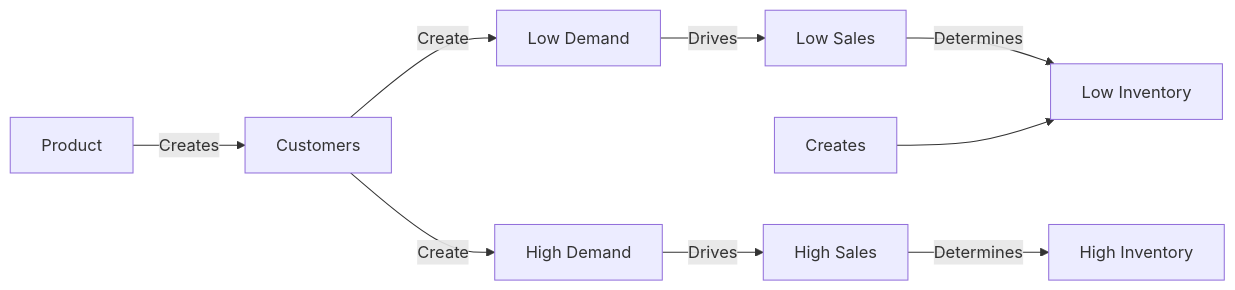
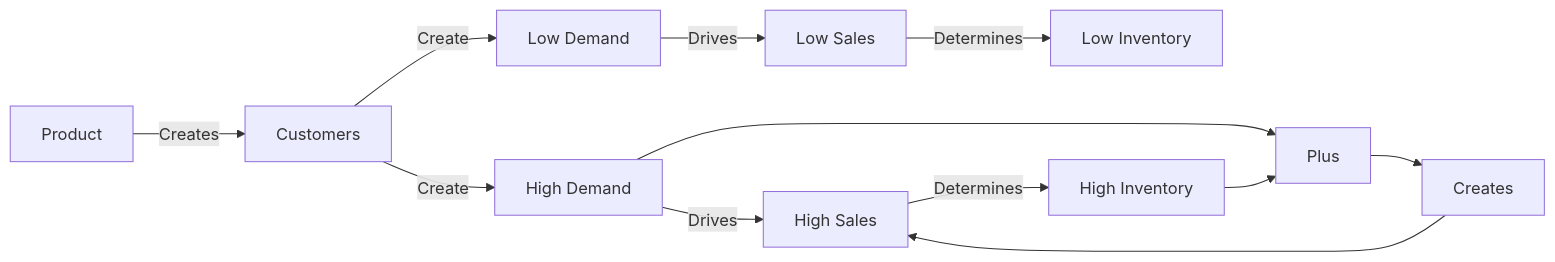
One commit to ryanbullock02/NikeStore_ERD.md changed the diagram in README.md. Above: the diagram before and after it, drawn with Mermaid.

````diff
--- a/README.md
+++ b/README.md
@@ -4,14 +4,15 @@
 ```mermaid
 flowchart LR
   a[Product] --"Creates"--> b[Customers]
   b --"Create"--> c[Low Demand]
   c --"Drives"--> e[Low Sales]
   b --"Create"--> d[High Demand]
   d --"Drives"--> f[High Sales]
   e --"Determines"--> g[Low Inventory]
   f --"Determines"--> h[High Inventory]
 
-  A[Creates] --> g
-
-
+  A[Creates] --> f
+  B[Plus] --> A
+  d --> B
+  h --> B
   ```
````
